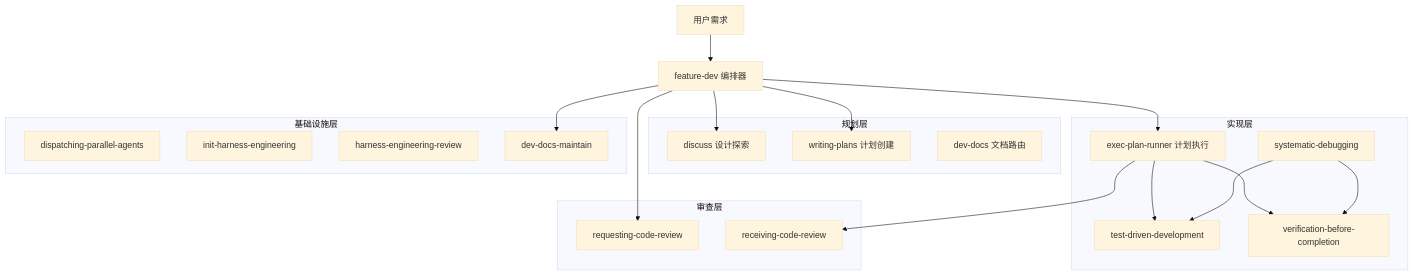
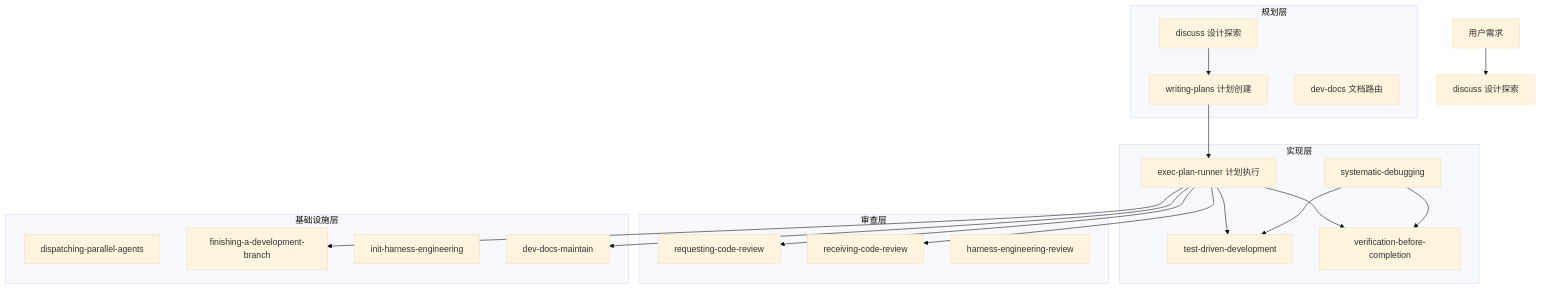
Before and after one commit to Linfee/power-agent: the diagram in docs/architecture.md, drawn with Mermaid (base theme). The commit also changed other lines of this file and 79 other files, not shown here.

````diff
--- a/docs/architecture.md
+++ b/docs/architecture.md
@@ -14,42 +10,43 @@
 ```mermaid
 graph TB
-    User[用户需求] --> FD[feature-dev 编排器]
+    User[用户需求] --> D[discuss 设计探索]
 
     subgraph "规划层"
-        D[discuss 设计探索]
+        D2[discuss 设计探索]
         WP[writing-plans 计划创建]
         DD[dev-docs 文档路由]
     end
 
     subgraph "实现层"
         EP[exec-plan-runner 计划执行]
         TDD[test-driven-development]
         DBG[systematic-debugging]
         VBC[verification-before-completion]
     end
 
     subgraph "审查层"
         RCR[requesting-code-review]
         RRC[receiving-code-review]
+        HER[harness-engineering-review]
     end
 
     subgraph "基础设施层"
         DPA[dispatching-parallel-agents]
+        FAB[finishing-a-development-branch]
         IHE[init-harness-engineering]
-        HER[harness-engineering-review]
         DDM[dev-docs-maintain]
     end
 
-    FD --> D
-    FD --> WP
-    FD --> EP
-    FD --> RCR
-    FD --> DDM
+    D2 --> WP
+    WP --> EP
 
     EP --> TDD
     EP --> RRC
     EP --> VBC
+    EP --> RCR
+    EP --> FAB
+    EP --> DDM
 
     DBG --> TDD
     DBG --> VBC
 ```
````
